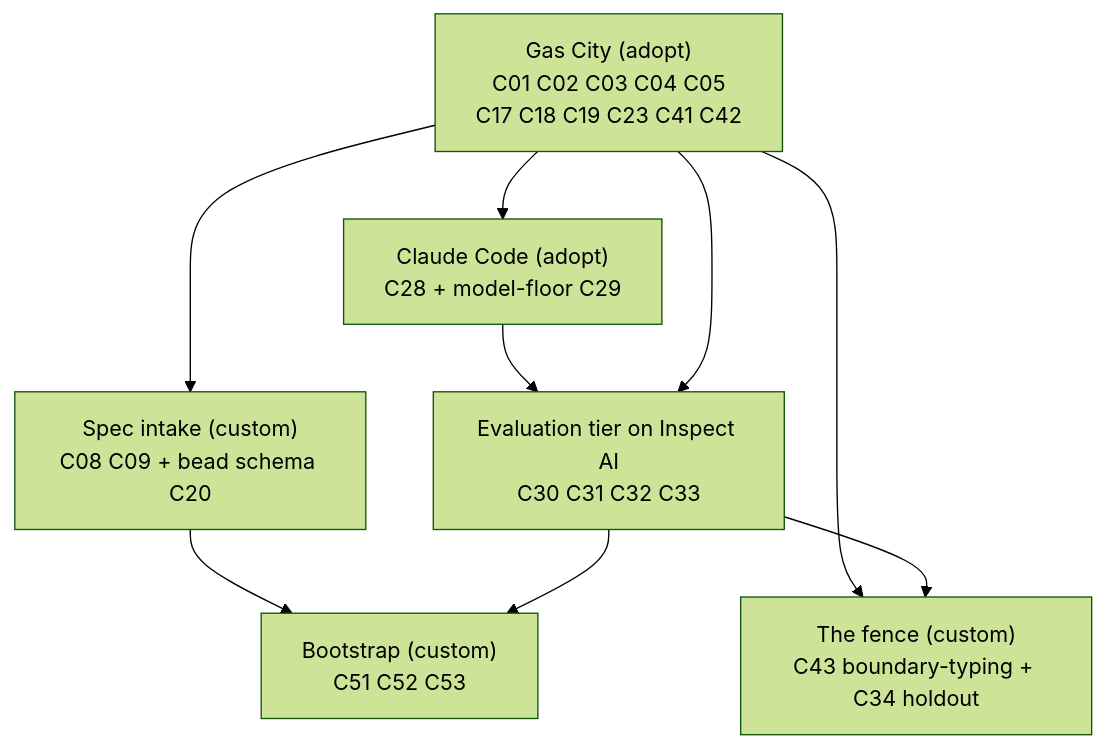
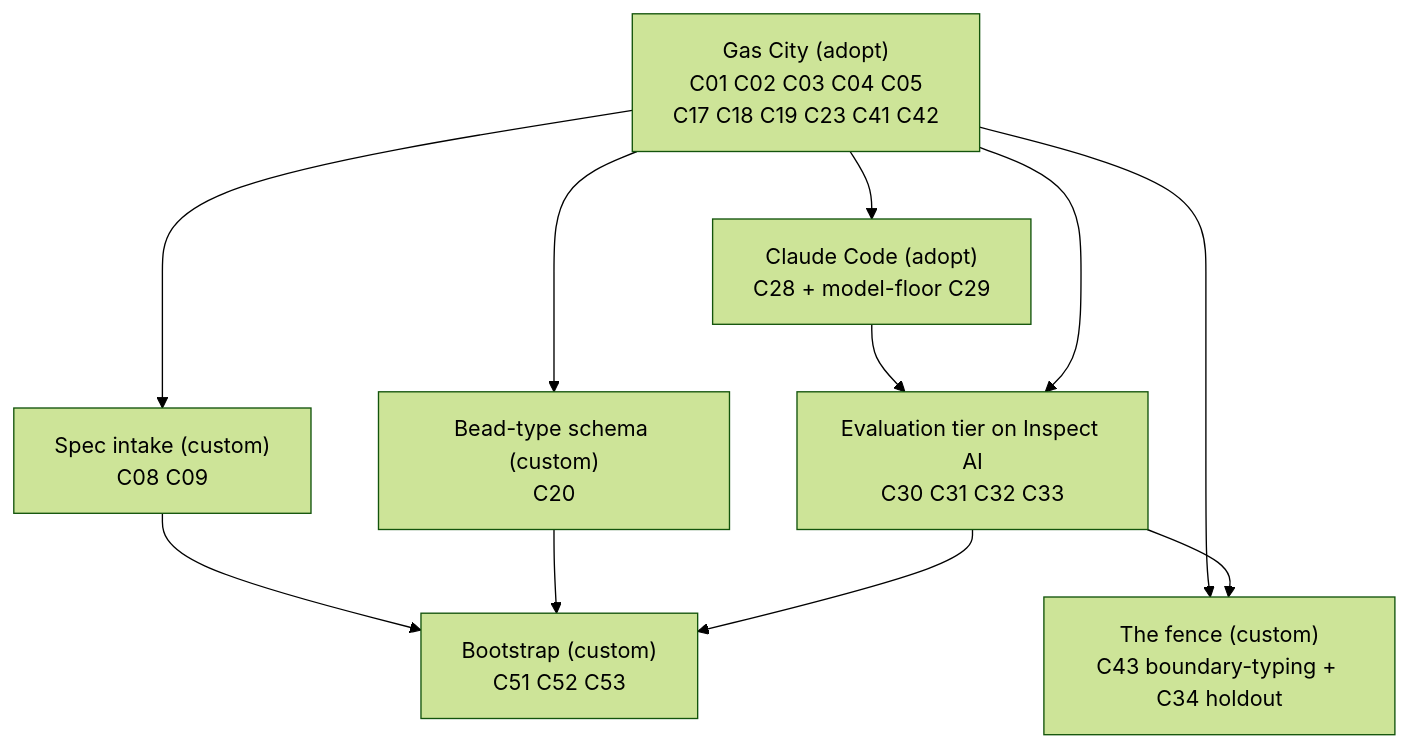
One commit to lago-morph/software-factory changed the first of 3 diagrams in architectures/v4/implementation-dependencies.md. Above: the diagram before and after it, drawn with Mermaid (forest theme). The commit also changed other lines of this file and 1 other file, not shown here.

````diff
--- a/architectures/v4/implementation-dependencies.md
+++ b/architectures/v4/implementation-dependencies.md
@@ -26,14 +26,16 @@
 ```mermaid
 flowchart TD
   G["Gas City (adopt)<br/>C01 C02 C03 C04 C05<br/>C17 C18 C19 C23 C41 C42"]
   CC["Claude Code (adopt)<br/>C28 + model-floor C29"]
-  S["Spec intake (custom)<br/>C08 C09 + bead schema C20"]
+  S["Spec intake (custom)<br/>C08 C09"]
+  BS["Bead-type schema (custom)<br/>C20"]
   E["Evaluation tier on Inspect AI<br/>C30 C31 C32 C33"]
   F["The fence (custom)<br/>C43 boundary-typing + C34 holdout"]
   B["Bootstrap (custom)<br/>C51 C52 C53"]
   G --> CC --> E
   G --> S --> B
+  G --> BS --> B
   G --> E --> B
   G --> F
   E --> F
 ```
````
